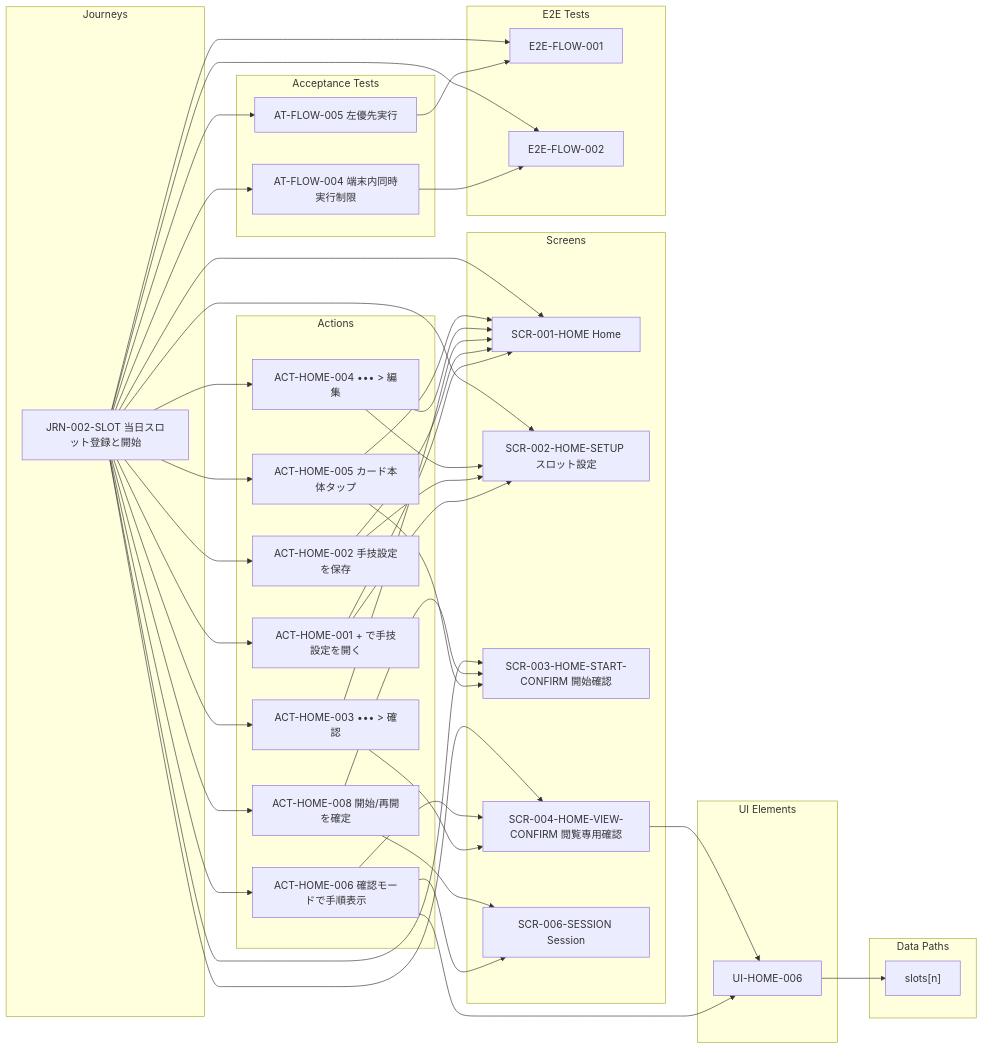
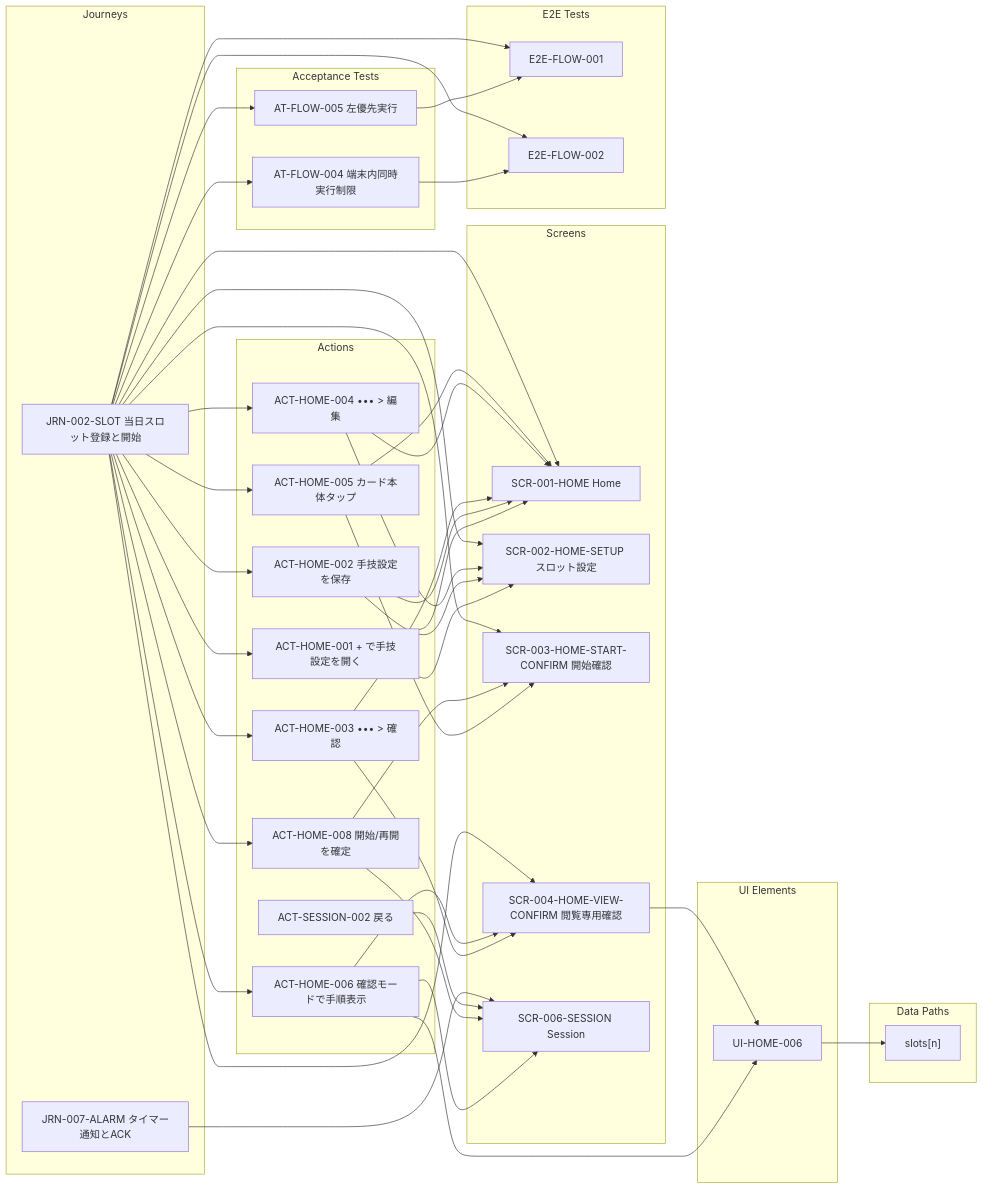
The diagram in docs/generated/screens/SCR-004-HOME-VIEW-CONFIRM.md (h-sakanet/capd_navi), drawn with Mermaid before and after one commit. The commit also changed 763 other files, not shown here.

````diff
--- a/docs/generated/screens/SCR-004-HOME-VIEW-CONFIRM.md
+++ b/docs/generated/screens/SCR-004-HOME-VIEW-CONFIRM.md
@@ -3,71 +3,75 @@
 ```mermaid
 flowchart LR
   %% SCR-004-HOME-VIEW-CONFIRM
   subgraph JRN["Journeys"]
-    N13["JRN-002-SLOT 当日スロット登録と開始"]
+    N14["JRN-002-SLOT 当日スロット登録と開始"]
+    N15["JRN-007-ALARM タイマー通知とACK"]
   end
   subgraph ACT["Actions"]
     N1["ACT-HOME-001 + で手技設定を開く"]
     N2["ACT-HOME-002 手技設定を保存"]
     N3["ACT-HOME-003 ••• > 確認"]
     N4["ACT-HOME-004 ••• > 編集"]
     N5["ACT-HOME-005 カード本体タップ"]
     N6["ACT-HOME-006 確認モードで手順表示"]
     N7["ACT-HOME-008 開始/再開を確定"]
+    N8["ACT-SESSION-002 戻る"]
   end
   subgraph SCR["Screens"]
-    N14["SCR-001-HOME Home"]
-    N15["SCR-002-HOME-SETUP スロット設定"]
-    N16["SCR-003-HOME-START-CONFIRM 開始確認"]
-    N17["SCR-004-HOME-VIEW-CONFIRM 閲覧専用確認"]
-    N18["SCR-006-SESSION Session"]
+    N16["SCR-001-HOME Home"]
+    N17["SCR-002-HOME-SETUP スロット設定"]
+    N18["SCR-003-HOME-START-CONFIRM 開始確認"]
+    N19["SCR-004-HOME-VIEW-CONFIRM 閲覧専用確認"]
+    N20["SCR-006-SESSION Session"]
   end
   subgraph UI["UI Elements"]
-    N19["UI-HOME-006"]
+    N21["UI-HOME-006"]
   end
   subgraph AT["Acceptance Tests"]
-    N8["AT-FLOW-004 端末内同時実行制限"]
-    N9["AT-FLOW-005 左優先実行"]
+    N9["AT-FLOW-004 端末内同時実行制限"]
+    N10["AT-FLOW-005 左優先実行"]
   end
   subgraph E2E["E2E Tests"]
-    N11["E2E-FLOW-001"]
-    N12["E2E-FLOW-002"]
+    N12["E2E-FLOW-001"]
+    N13["E2E-FLOW-002"]
   end
   subgraph DATA["Data Paths"]
-    N10["slots[n]"]
+    N11["slots[n]"]
   end
-  N1 --> N14
-  N1 --> N15
-  N2 --> N14
-  N2 --> N15
-  N3 --> N14
-  N3 --> N17
-  N4 --> N14
-  N4 --> N15
-  N5 --> N14
+  N1 --> N16
+  N1 --> N17
+  N2 --> N16
+  N2 --> N17
+  N3 --> N16
+  N3 --> N19
+  N4 --> N16
+  N4 --> N17
   N5 --> N16
-  N6 --> N17
-  N6 --> N18
+  N5 --> N18
   N6 --> N19
-  N7 --> N16
+  N6 --> N20
+  N6 --> N21
   N7 --> N18
-  N8 --> N12
-  N9 --> N11
-  N13 --> N1
-  N13 --> N2
-  N13 --> N3
-  N13 --> N4
-  N13 --> N5
-  N13 --> N6
-  N13 --> N7
-  N13 --> N8
-  N13 --> N9
-  N13 --> N11
-  N13 --> N12
-  N13 --> N14
-  N13 --> N15
-  N13 --> N16
-  N13 --> N17
-  N17 --> N19
-  N19 --> N10
+  N7 --> N20
+  N8 --> N20
+  N9 --> N13
+  N10 --> N12
+  N14 --> N1
+  N14 --> N2
+  N14 --> N3
+  N14 --> N4
+  N14 --> N5
+  N14 --> N6
+  N14 --> N7
+  N14 --> N9
+  N14 --> N10
+  N14 --> N12
+  N14 --> N13
+  N14 --> N16
+  N14 --> N17
+  N14 --> N18
+  N14 --> N19
+  N15 --> N20
+  N19 --> N21
+  N21 --> N11
 ```
````
